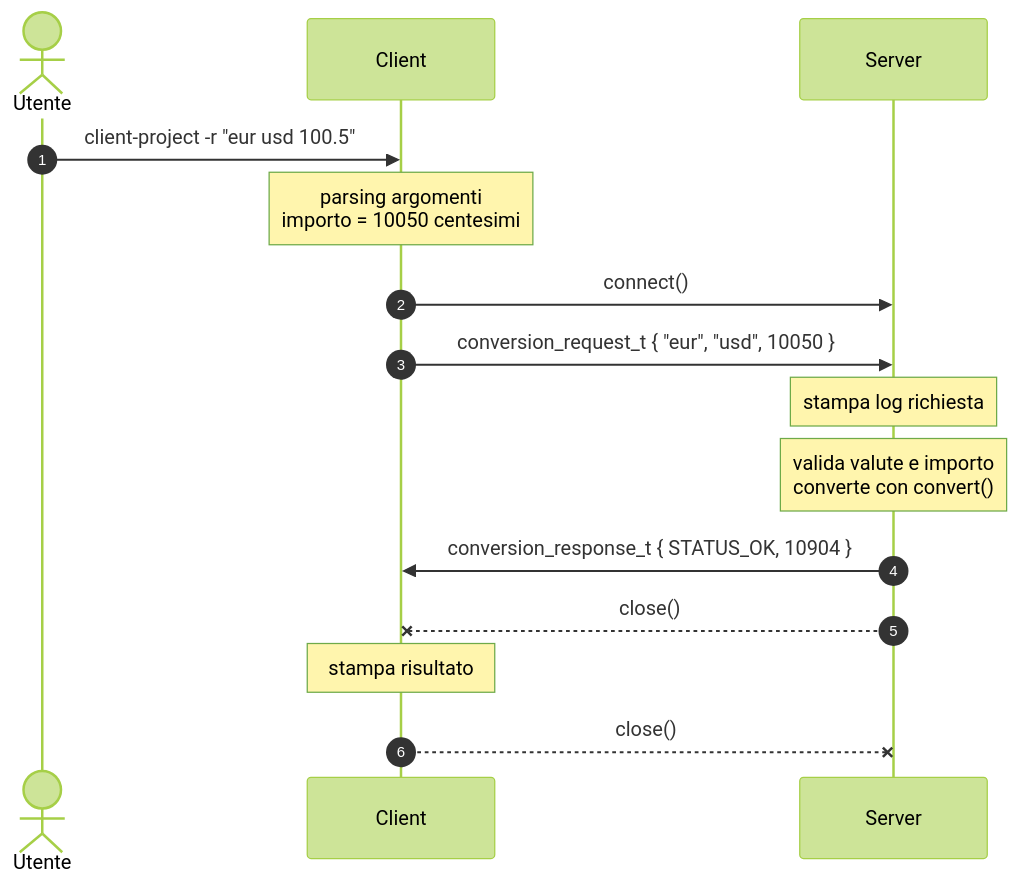
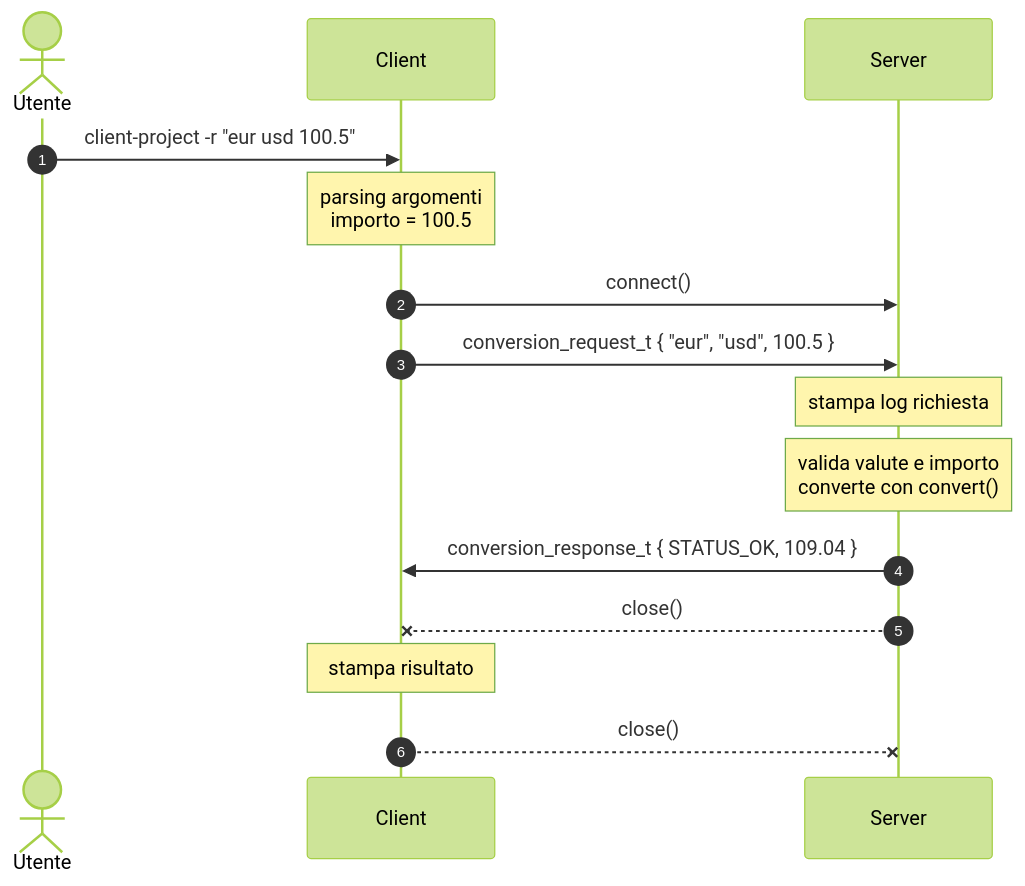
One commit to collab-uniba/esonero_reti_tcp_itps_A-K_26-27 changed the diagram in Assegnazione.md. Above: the diagram before and after it, drawn with Mermaid (forest theme). The commit also changed other lines of this file and 3 other files, not shown here.

````diff
--- a/Assegnazione.md
+++ b/Assegnazione.md
@@ -25,18 +24,18 @@
 ```mermaid
 sequenceDiagram
     autonumber
     actor U as Utente
     participant C as Client
     participant S as Server
 
     U->>C: client-project -r "eur usd 100.5"
-    Note over C: parsing argomenti<br/>importo = 10050 centesimi
+    Note over C: parsing argomenti<br/>importo = 100.5
     C->>S: connect()
-    C->>S: conversion_request_t { "eur", "usd", 10050 }
+    C->>S: conversion_request_t { "eur", "usd", 100.5 }
     Note over S: stampa log richiesta
     Note over S: valida valute e importo<br/>converte con convert()
-    S->>C: conversion_response_t { STATUS_OK, 10904 }
+    S->>C: conversion_response_t { STATUS_OK, 109.04 }
     S--xC: close()
     Note over C: stampa risultato
     C--xS: close()
 ```
````
